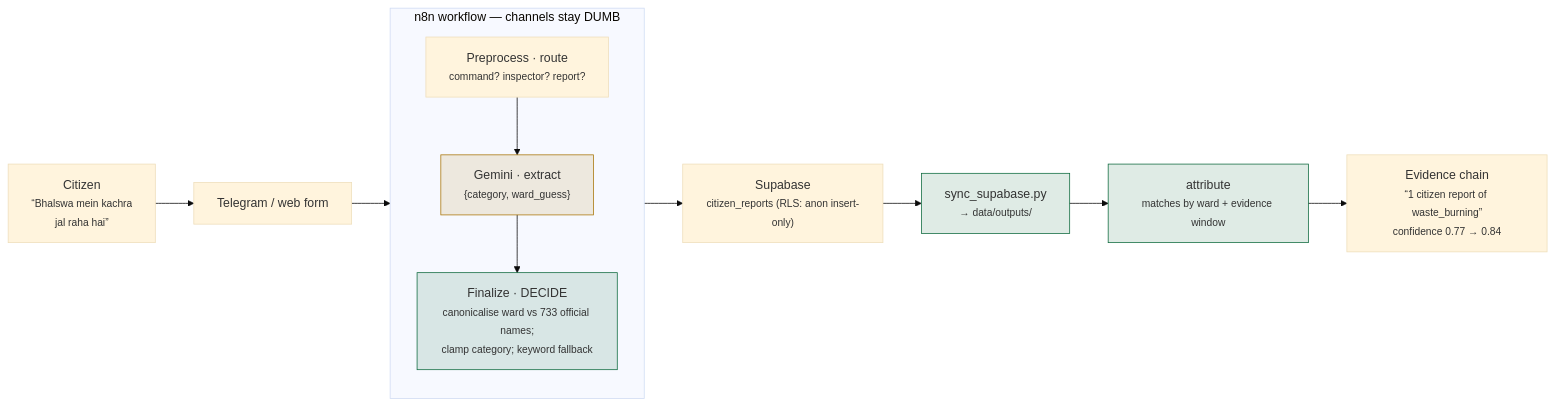
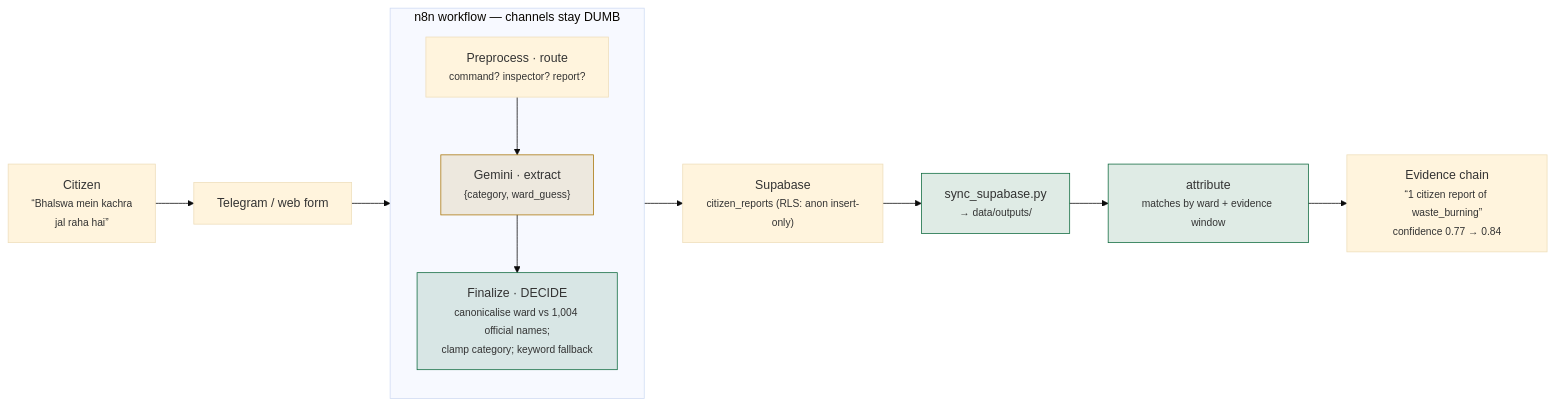
Before and after one commit to coffeine16/AirCase: the fourth of 4 diagrams in README.md, drawn with Mermaid (base theme). The commit also changed other lines of this file, not shown here.

````diff
--- a/README.md
+++ b/README.md
@@ -418,21 +436,21 @@
 ```mermaid
 flowchart LR
     U["Citizen<br/><small>“Bhalswa mein kachra<br/>jal raha hai”</small>"] --> TG["Telegram / web form"]
     TG --> N8N
 
     subgraph N8N["n8n workflow — channels stay DUMB"]
         direction TB
         RT["Preprocess · route<br/><small>command? inspector? report?</small>"] --> GEM["Gemini · extract<br/><small>{category, ward_guess}</small>"]
-        GEM --> FIN["Finalize · DECIDE<br/><small>canonicalise ward vs 733 official names;<br/>clamp category; keyword fallback</small>"]
+        GEM --> FIN["Finalize · DECIDE<br/><small>canonicalise ward vs 1,004 official names;<br/>clamp category; keyword fallback</small>"]
     end
 
     FIN --> SUP["Supabase<br/><small>citizen_reports (RLS: anon insert-only)</small>"]
     SUP --> SYNC["sync_supabase.py<br/><small>→ data/outputs/</small>"]
     SYNC --> ATT["attribute<br/><small>matches by ward + evidence window</small>"]
     ATT --> EV["Evidence chain<br/><small>“1 citizen report of waste_burning”<br/>confidence 0.77 → 0.84</small>"]
 
     classDef llm fill:#a9760a22,stroke:#a9760a;
     classDef det fill:#0f6b3f22,stroke:#0f6b3f;
     class GEM llm
     class FIN,SYNC,ATT det
 ```
````
